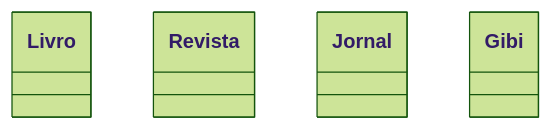
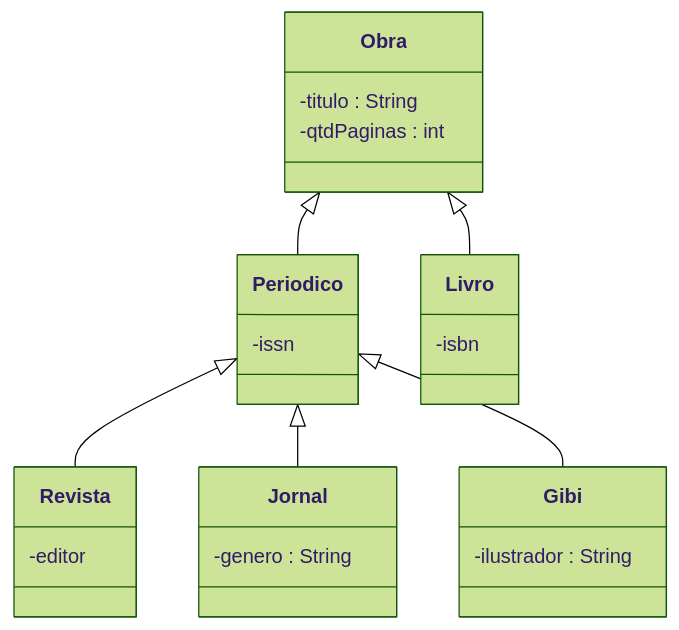
One commit to LuisEAbreu/poo changed the third of 4 diagrams in aulas/2026-10-15/projeto01/README.md. Above: the diagram before and after it, drawn with Mermaid (forest theme). The commit also changed other lines of this file, not shown here.

````diff
--- a/aulas/2026-10-15/projeto01/README.md
+++ b/aulas/2026-10-15/projeto01/README.md
@@ -74,12 +76,30 @@
 ```mermaid
 classDiagram
-    class Livro{}
-    class Revista{}
-    class Jornal{}
-    class Gibi{}
+    class Obra{
+        -titulo : String
+        -qtdPaginas : int
+    }
+    
+    class Periodico{
+        -issn
+    }
+    
+    class Livro{
+        -isbn
+    }
+    class Revista{
+        -editor
+    }
+    class Jornal{
+        -genero : String
+    }
+    class Gibi{
+        -ilustrador : String
+    }
 
-    Livro
-    Revista
-    Jornal
-    Gibi
+    Obra <|-- Livro
+    Obra <|-- Periodico
+    Periodico <|-- Revista
+    Periodico <|-- Jornal
+    Periodico <|-- Gibi
 ```
````
